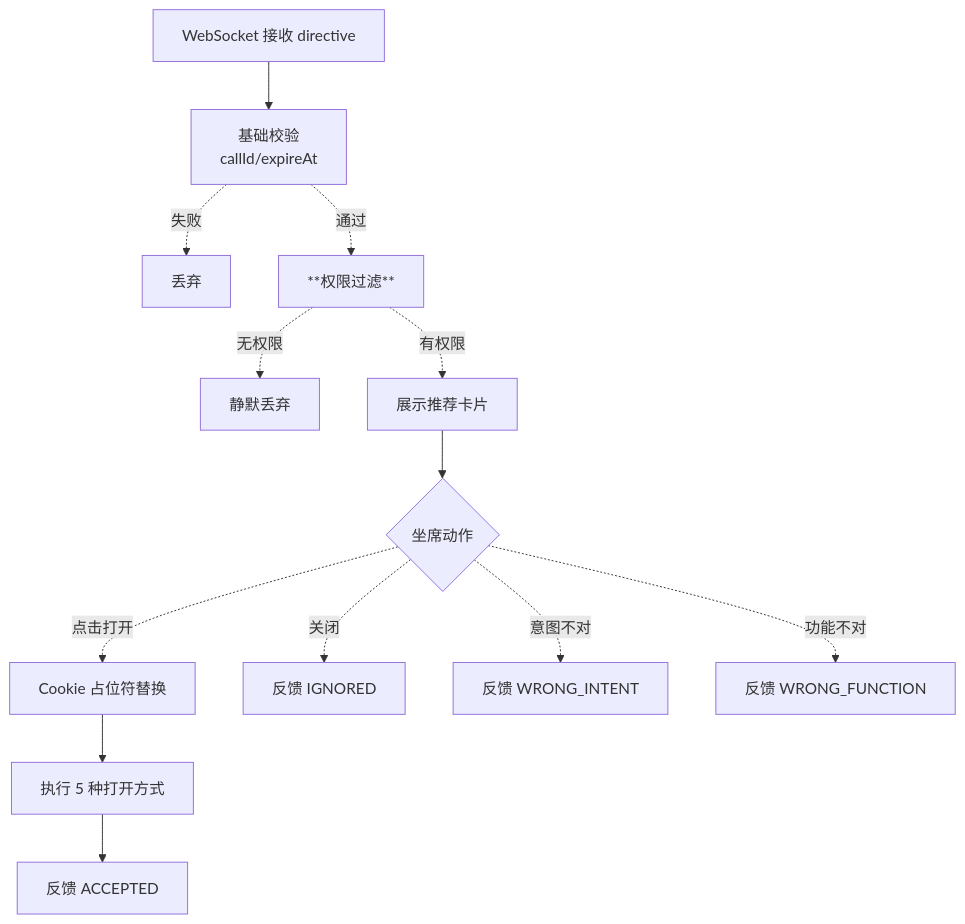
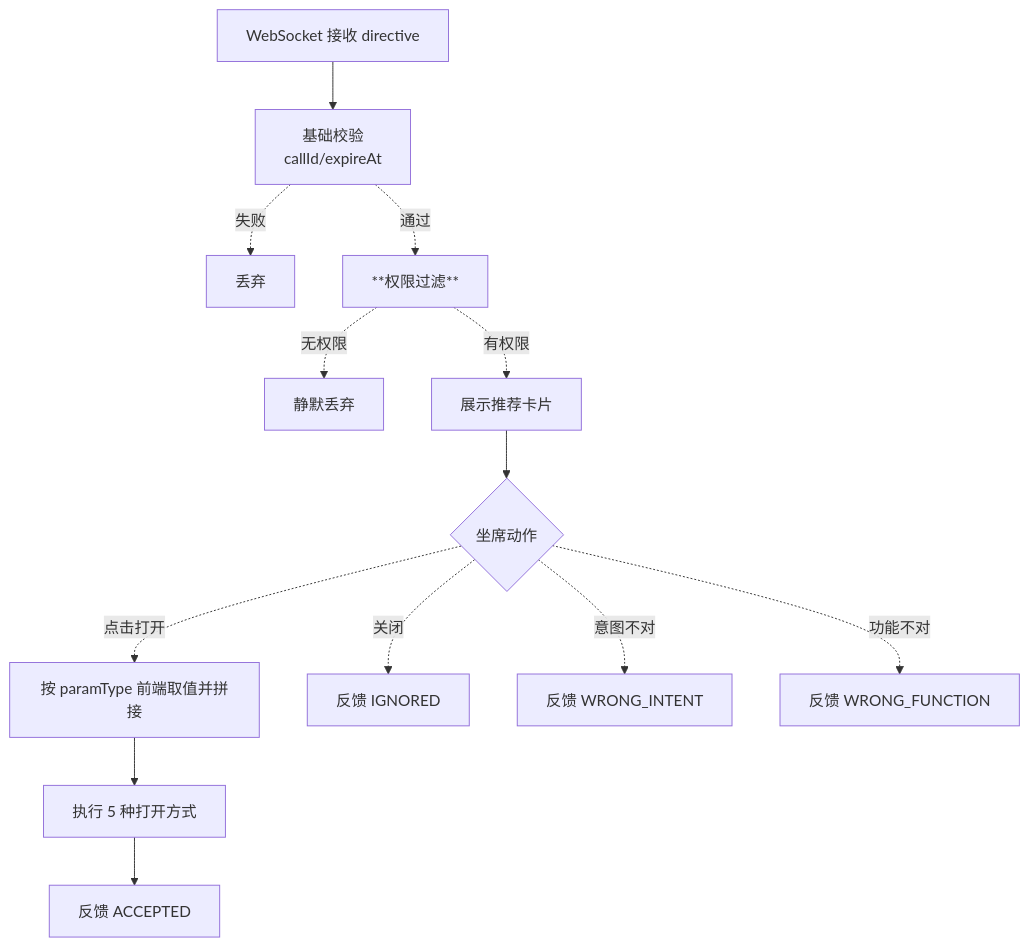
Diagram 17 of 24 in cs-copilot-service/docs/dd-v1.2.md (qzz617/copilot), drawn with Mermaid before and after one commit. The commit also changed other lines of this file and 12 other files, not shown here.

````diff
--- a/cs-copilot-service/docs/dd-v1.2.md
+++ b/cs-copilot-service/docs/dd-v1.2.md
@@ -2255,15 +2226,15 @@
 ```mermaid
 flowchart TD
     A[WebSocket 接收 directive] --> B[基础校验<br/>callId/expireAt]
     B -.失败.-> ERR1[丢弃]
     B -.通过.-> C[**权限过滤**]
     C -.无权限.-> SKIP[静默丢弃]
     C -.有权限.-> D[展示推荐卡片]
     D --> E{坐席动作}
-    E -.点击打开.-> F[Cookie 占位符替换]
+    E -.点击打开.-> F[按 paramType 前端取值并拼接]
     F --> G[执行 5 种打开方式]
     G --> H[反馈 ACCEPTED]
     E -.关闭.-> I[反馈 IGNORED]
     E -.意图不对.-> J[反馈 WRONG_INTENT]
     E -.功能不对.-> K[反馈 WRONG_FUNCTION]
 ```
````
